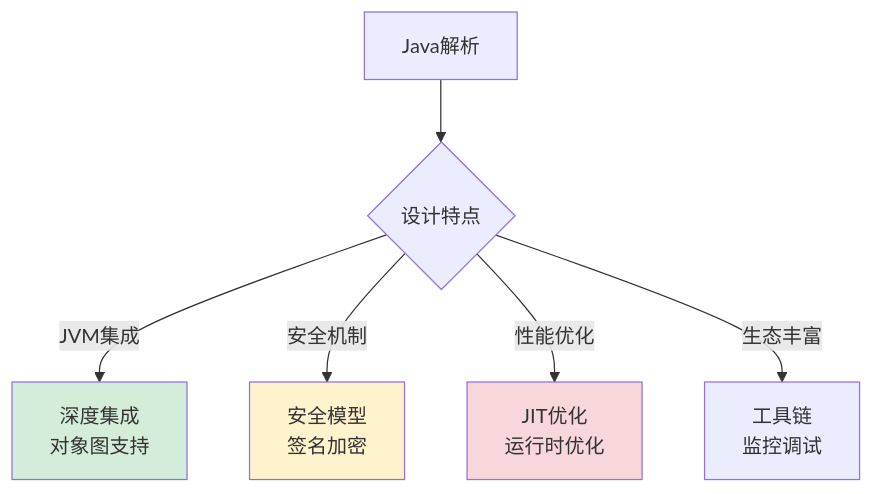
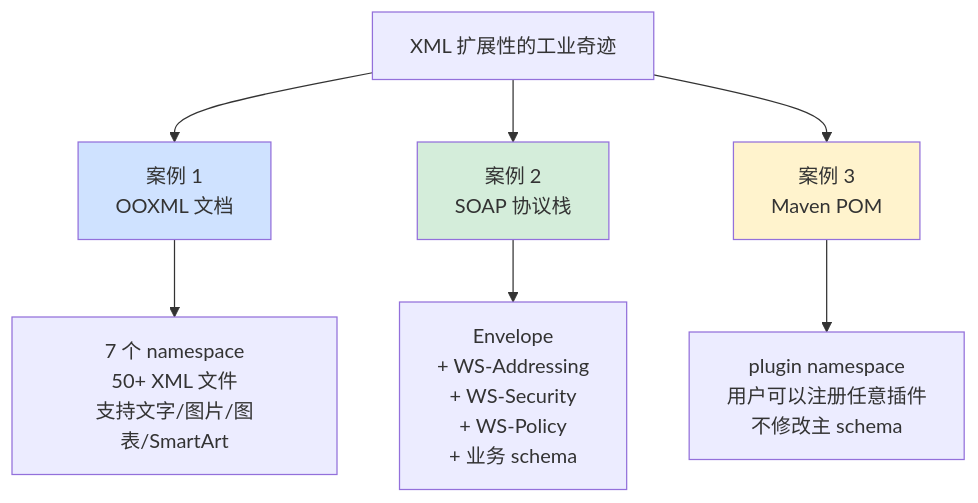
One commit to chongyang211/YCBookBlog changed diagram 19 of 21 in 00.通用技术的提升/02.程序编程原理/06.数据解析设计思想.md. Above: the diagram before and after it, drawn with Mermaid. The commit also changed other lines of this file and 5 other files, not shown here.

````diff
--- a/00.通用技术的提升/02.程序编程原理/06.数据解析设计思想.md
+++ b/00.通用技术的提升/02.程序编程原理/06.数据解析设计思想.md
@@ -2505,12 +4783,16 @@
 ```mermaid
-graph TB
-    A[Java解析] --> B{设计特点}
-    B -->|JVM集成| C[深度集成<br/>对象图支持]
-    B -->|安全机制| D[安全模型<br/>签名加密]
-    B -->|性能优化| E[JIT优化<br/>运行时优化]
-    B -->|生态丰富| F[工具链<br/>监控调试]
+flowchart TB
+    A[XML 扩展性的工业奇迹] --> B[案例 1<br/>OOXML 文档]
+    A --> C[案例 2<br/>SOAP 协议栈]
+    A --> D[案例 3<br/>Maven POM]
     
+    B --> B1[7 个 namespace<br/>50+ XML 文件<br/>支持文字/图片/图表/SmartArt]
+    
+    C --> C1[Envelope<br/>+ WS-Addressing<br/>+ WS-Security<br/>+ WS-Policy<br/>+ 业务 schema]
+    
+    D --> D1[plugin namespace<br/>用户可以注册任意插件<br/>不修改主 schema]
+
+    style B fill:#cfe2ff
     style C fill:#d4edda
     style D fill:#fff3cd
-    style E fill:#f8d7da
 ```
````
